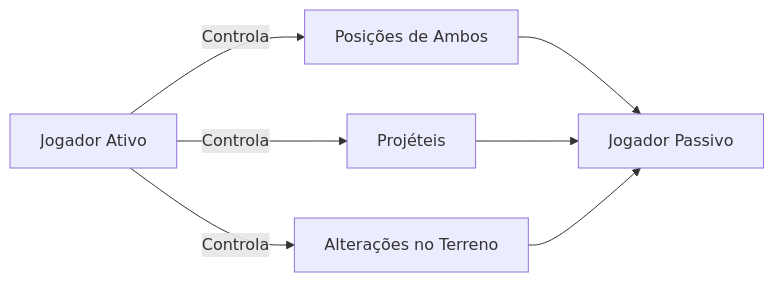
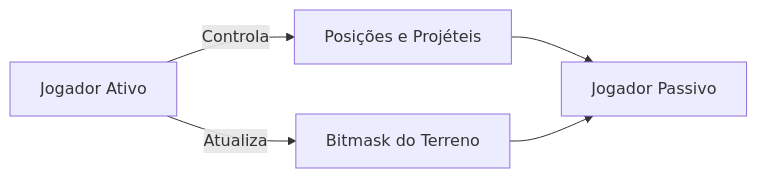
The second of 2 diagrams in README.md (zRafaF/tankinho), drawn with Mermaid before and after one commit. The commit also changed other lines of this file, not shown here.

````diff
--- a/README.md
+++ b/README.md
@@ -167,9 +161,7 @@
 ```mermaid
 graph LR
-    A[Jogador Ativo] -->|Controla| B[Posições de Ambos]
-    A -->|Controla| C[Projéteis]
-    A -->|Controla| D[Alterações no Terreno]
-    B --> E[Jogador Passivo]
-    C --> E
-    D --> E
+    A[Jogador Ativo] -->|Controla| B[Posições e Projéteis]
+    A -->|Atualiza| C[Bitmask do Terreno]
+    B --> D[Jogador Passivo]
+    C --> D
 ```
````
